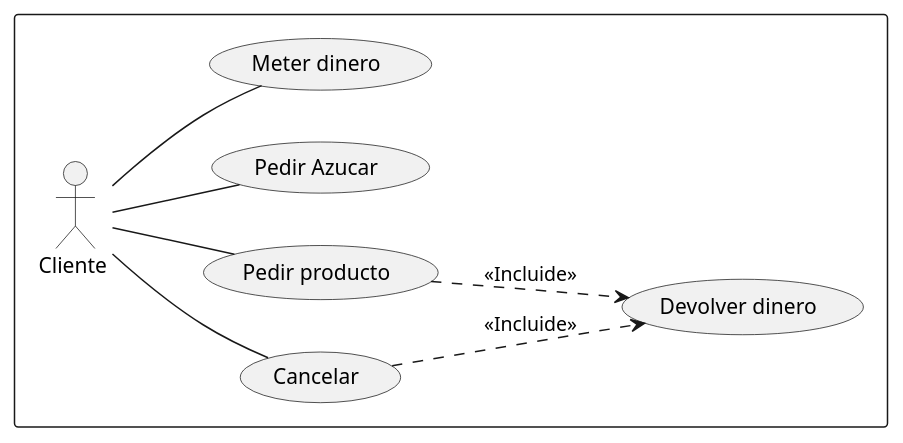
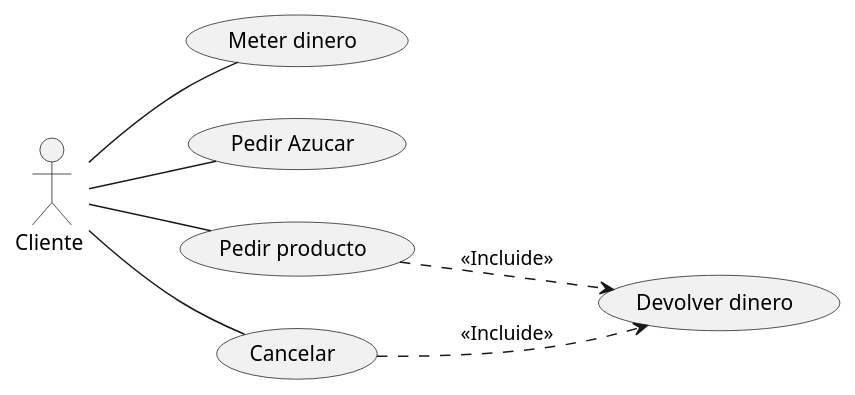
One commit to M-pozo/UMLCasosDeUso_MiguelPozo changed the diagram in src/CasosDeUso/LaMaquinaDeCafe.puml. Above: the diagram before and after it, drawn with PlantUML. The commit also changed 1 other file, not shown here.

```diff
--- a/src/CasosDeUso/LaMaquinaDeCafe.puml
+++ b/src/CasosDeUso/LaMaquinaDeCafe.puml
@@ -1,23 +1,18 @@
 @startuml
 left to right direction
-rectangle  {
-  :Cliente : as c
 
-  usecase "Devolver dinero" as UC5
-  usecase "Cancelar" as UC4
-  usecase "Pedir producto" as UC3
-  usecase "Pedir Azucar" as UC2
-  usecase "Meter dinero" as UC1
-}
+:Cliente : as c
 
-
+usecase "Meter dinero" as UC1
+usecase "Pedir Azucar" as UC2
+usecase "Pedir producto" as UC3
+usecase "Cancelar" as UC4
+usecase "Devolver dinero" as UC5
 
 c -- UC1
 c -- UC2
 c -- UC3
 c -- UC4
 UC3 ..> UC5 : <<Incluide>>
 UC4 ..> UC5 : <<Incluide>>
-
-
 @enduml
```
